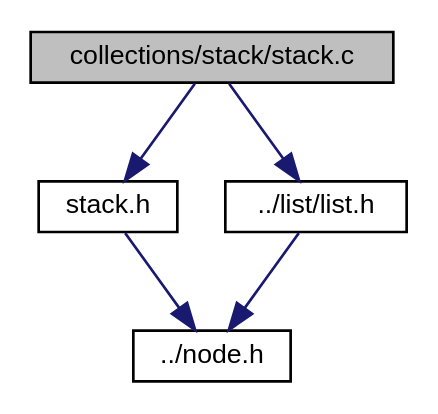
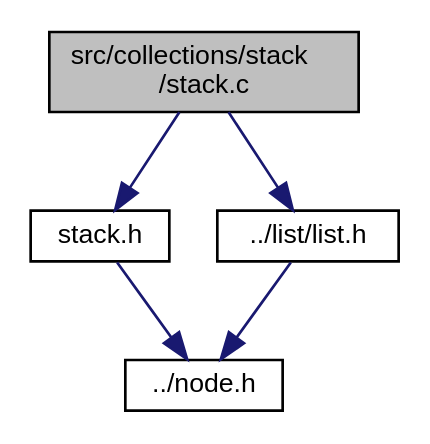
Before and after one commit to N1ghtF1re/C-Collections: the diagram in docs/docspages/stack_8c__incl.dot, drawn with Graphviz. The commit also changed 174 other files, not shown here.

```diff
--- a/docs/docspages/stack_8c__incl.dot
+++ b/docs/docspages/stack_8c__incl.dot
@@ -1,13 +1,13 @@
-digraph "collections/stack/stack.c"
+digraph "src/collections/stack/stack.c"
 {
   edge [fontname="Helvetica",fontsize="10",labelfontname="Helvetica",labelfontsize="10"];
   node [fontname="Helvetica",fontsize="10",shape=record];
-  Node0 [label="collections/stack/stack.c",height=0.2,width=0.4,color="black", fillcolor="grey75", style="filled", fontcolor="black"];
+  Node0 [label="src/collections/stack\l/stack.c",height=0.2,width=0.4,color="black", fillcolor="grey75", style="filled", fontcolor="black"];
   Node0 -> Node1 [color="midnightblue",fontsize="10",style="solid",fontname="Helvetica"];
   Node1 [label="stack.h",height=0.2,width=0.4,color="black", fillcolor="white", style="filled",URL="$stack_8h.html",tooltip="File containing interface of Stack. "];
   Node1 -> Node2 [color="midnightblue",fontsize="10",style="solid",fontname="Helvetica"];
   Node2 [label="../node.h",height=0.2,width=0.4,color="black", fillcolor="white", style="filled",URL="$node_8h.html"];
   Node0 -> Node3 [color="midnightblue",fontsize="10",style="solid",fontname="Helvetica"];
   Node3 [label="../list/list.h",height=0.2,width=0.4,color="black", fillcolor="white", style="filled",URL="$list_8h.html",tooltip="File containing interface of List. "];
   Node3 -> Node2 [color="midnightblue",fontsize="10",style="solid",fontname="Helvetica"];
 }
```
